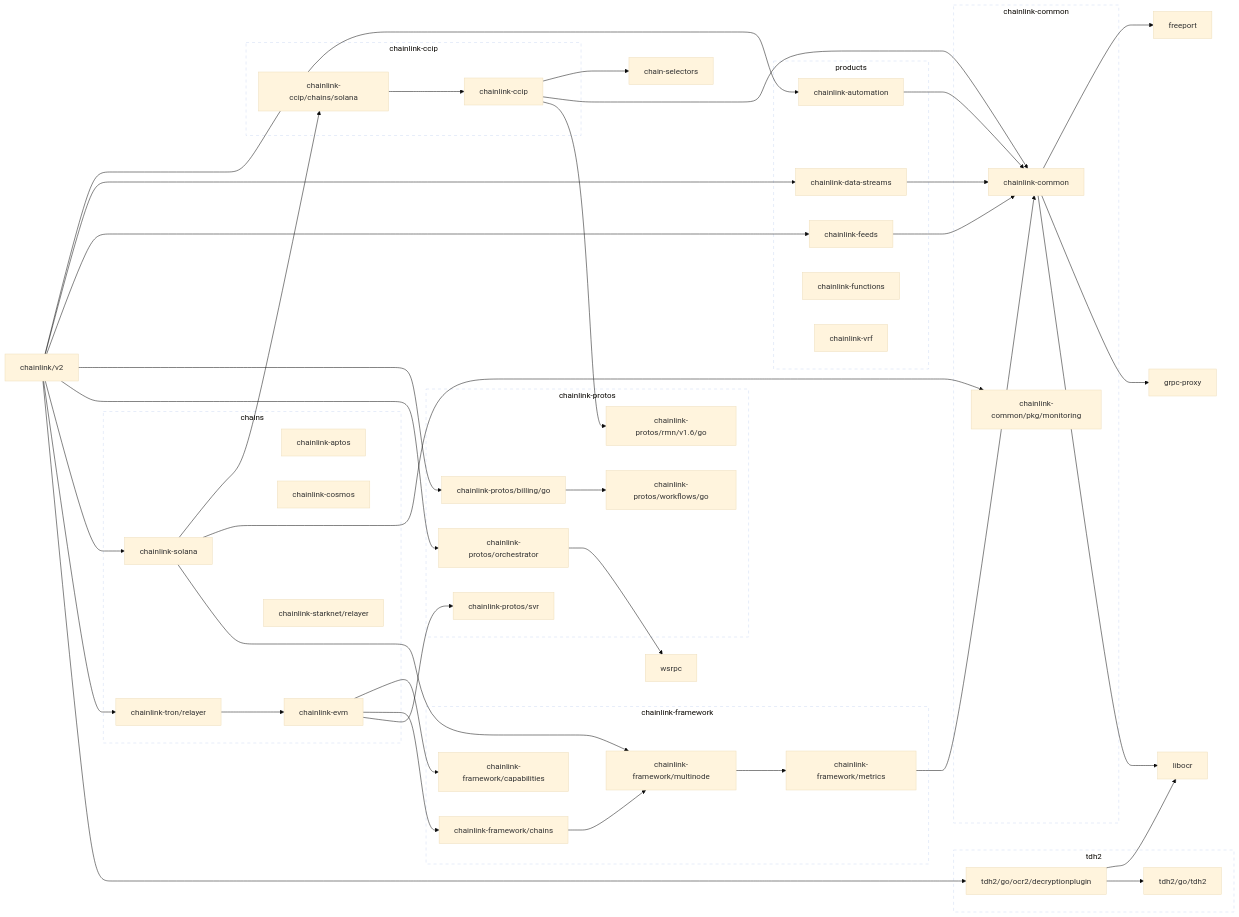
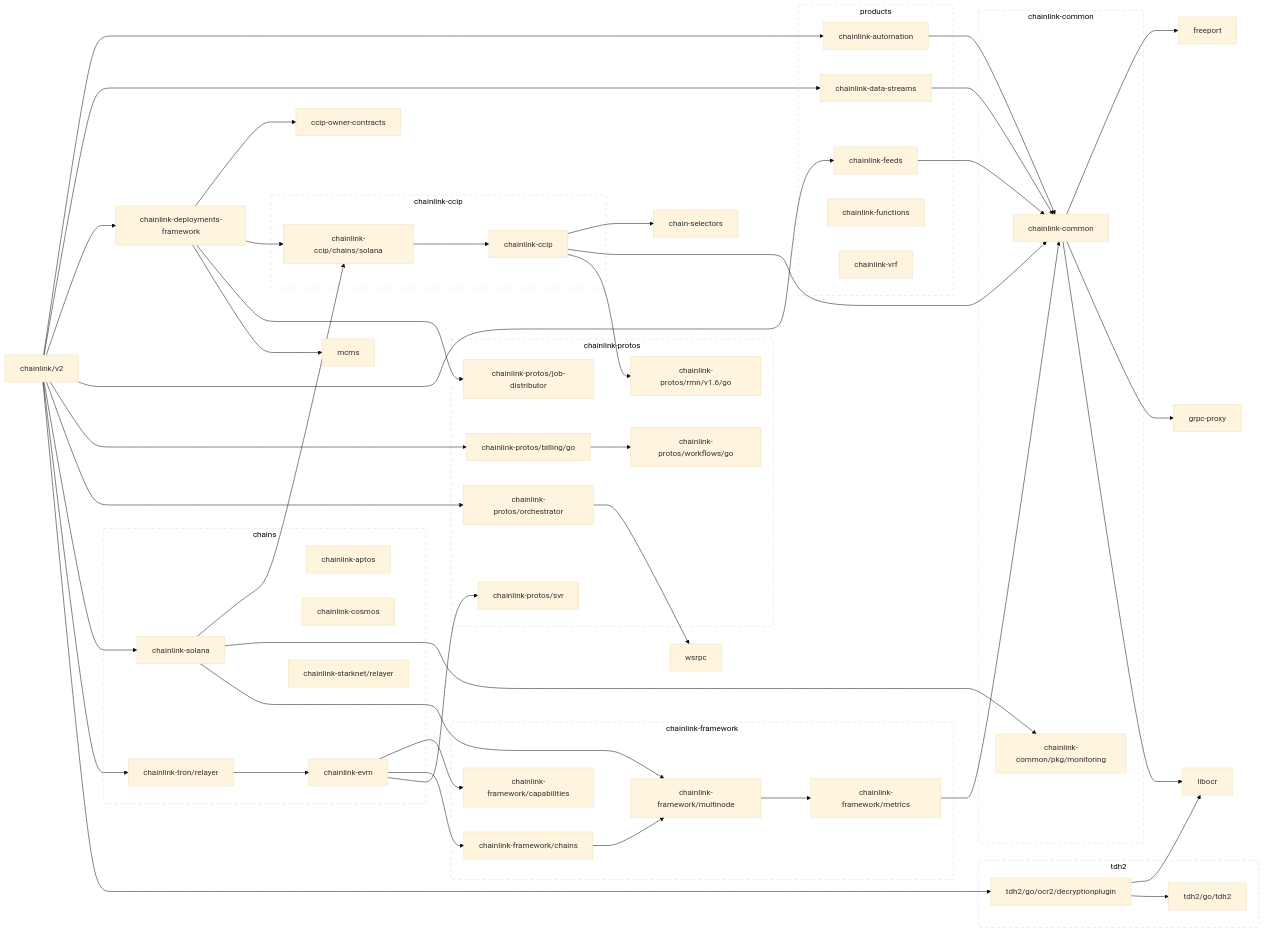
One commit to smartcontractkit/chainlink changed the first of 2 diagrams in go.md. Above: the diagram before and after it, drawn with Mermaid (base theme). The commit also changed other lines of this file, not shown here.

Commit message:
make generate

```diff
--- a/go.md
+++ b/go.md
@@ -22,6 +22,8 @@
   classDef group stroke-dasharray:6,fill:none;
   class chains,products group
 
+	ccip-owner-contracts
+	click ccip-owner-contracts href "https://github.com/smartcontractkit/ccip-owner-contracts"
 	chain-selectors
 	click chain-selectors href "https://github.com/smartcontractkit/chain-selectors"
 	chainlink-automation --> chainlink-common
@@ -40,6 +42,11 @@
 	click chainlink-common/pkg/monitoring href "https://github.com/smartcontractkit/chainlink-common"
 	chainlink-data-streams --> chainlink-common
 	click chainlink-data-streams href "https://github.com/smartcontractkit/chainlink-data-streams"
+	chainlink-deployments-framework --> ccip-owner-contracts
+	chainlink-deployments-framework --> chainlink-ccip/chains/solana
+	chainlink-deployments-framework --> chainlink-protos/job-distributor
+	chainlink-deployments-framework --> mcms
+	click chainlink-deployments-framework href "https://github.com/smartcontractkit/chainlink-deployments-framework"
 	chainlink-evm --> chainlink-framework/capabilities
 	chainlink-evm --> chainlink-framework/chains
 	chainlink-evm --> chainlink-protos/svr
@@ -56,6 +63,8 @@
 	click chainlink-framework/multinode href "https://github.com/smartcontractkit/chainlink-framework"
 	chainlink-protos/billing/go --> chainlink-protos/workflows/go
 	click chainlink-protos/billing/go href "https://github.com/smartcontractkit/chainlink-protos"
+	chainlink-protos/job-distributor
+	click chainlink-protos/job-distributor href "https://github.com/smartcontractkit/chainlink-protos"
 	chainlink-protos/orchestrator --> wsrpc
 	click chainlink-protos/orchestrator href "https://github.com/smartcontractkit/chainlink-protos"
 	chainlink-protos/rmn/v1.6/go
@@ -72,6 +81,7 @@
 	click chainlink-tron/relayer href "https://github.com/smartcontractkit/chainlink-tron"
 	chainlink/v2 --> chainlink-automation
 	chainlink/v2 --> chainlink-data-streams
+	chainlink/v2 --> chainlink-deployments-framework
 	chainlink/v2 --> chainlink-feeds
 	chainlink/v2 --> chainlink-protos/billing/go
 	chainlink/v2 --> chainlink-protos/orchestrator
@@ -85,6 +95,8 @@
 	click grpc-proxy href "https://github.com/smartcontractkit/grpc-proxy"
 	libocr
 	click libocr href "https://github.com/smartcontractkit/libocr"
+	mcms
+	click mcms href "https://github.com/smartcontractkit/mcms"
 	tdh2/go/ocr2/decryptionplugin --> libocr
 	tdh2/go/ocr2/decryptionplugin --> tdh2/go/tdh2
 	click tdh2/go/ocr2/decryptionplugin href "https://github.com/smartcontractkit/tdh2"
@@ -115,6 +127,7 @@
 
 	subgraph chainlink-protos-repo[chainlink-protos]
 		 chainlink-protos/billing/go
+		 chainlink-protos/job-distributor
 		 chainlink-protos/orchestrator
 		 chainlink-protos/rmn/v1.6/go
 		 chainlink-protos/svr
```
